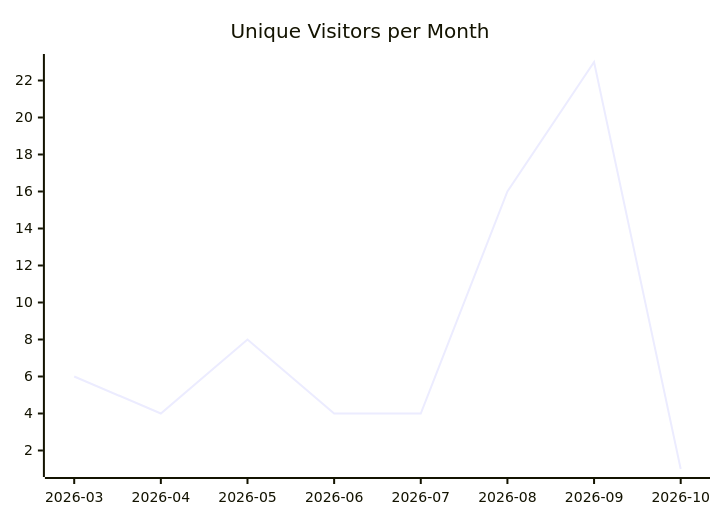
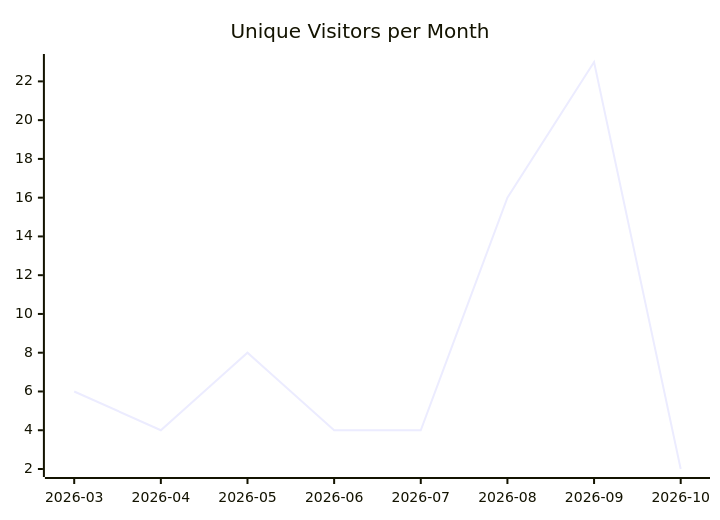
Before and after one commit to justdavis-family/github-analytics-data: the first of 3 diagrams in karlmdavis/xmlpull/README.md, drawn with Mermaid. The commit also changed other lines of this file and 202 other files, not shown here.

````diff
--- a/karlmdavis/xmlpull/README.md
+++ b/karlmdavis/xmlpull/README.md
@@ -5,6 +5,6 @@
 ```mermaid
 xychart-beta
   title "Unique Visitors per Month"
   x-axis ["2026-03", "2026-04", "2026-05", "2026-06", "2026-07", "2026-08", "2026-09", "2026-10"]
-  line [6, 4, 8, 4, 4, 16, 23, 1]
+  line [6, 4, 8, 4, 4, 16, 23, 2]
 ```
````
